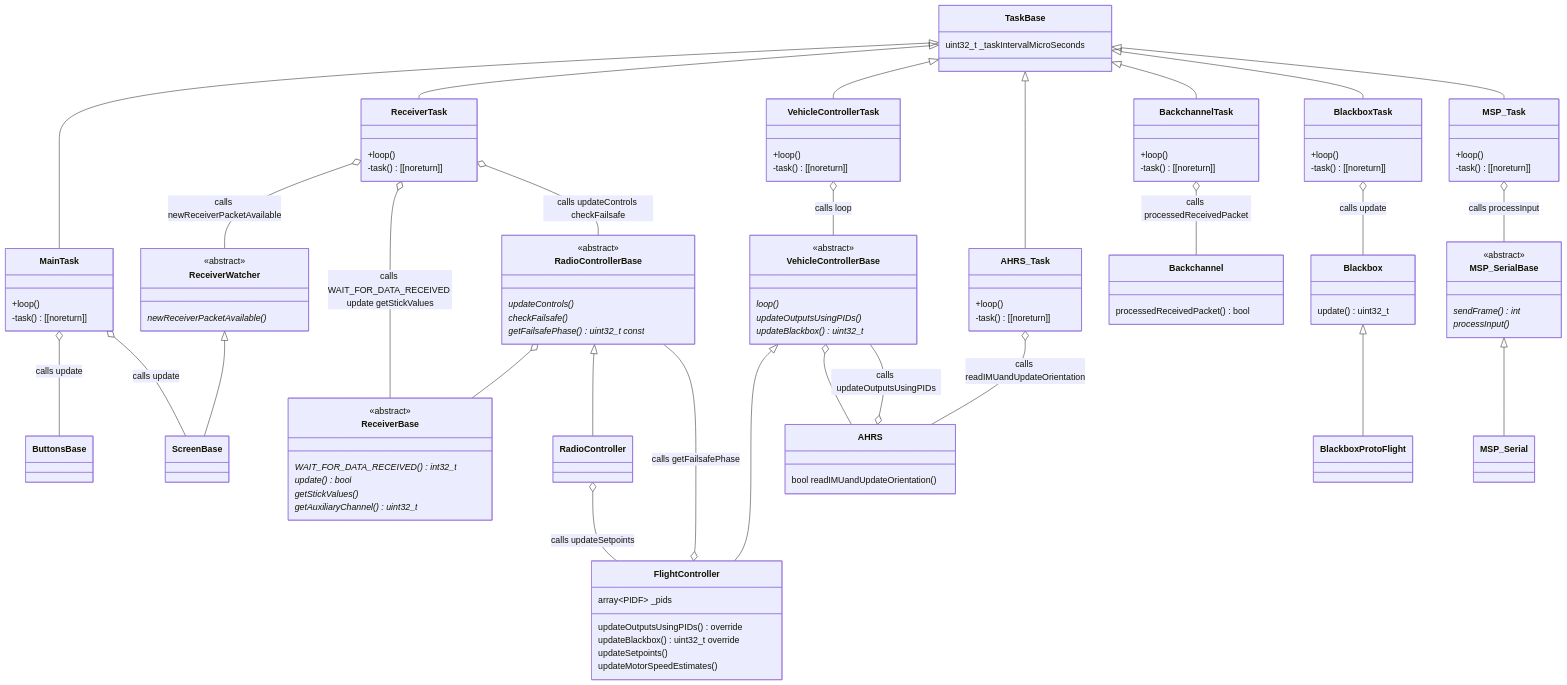
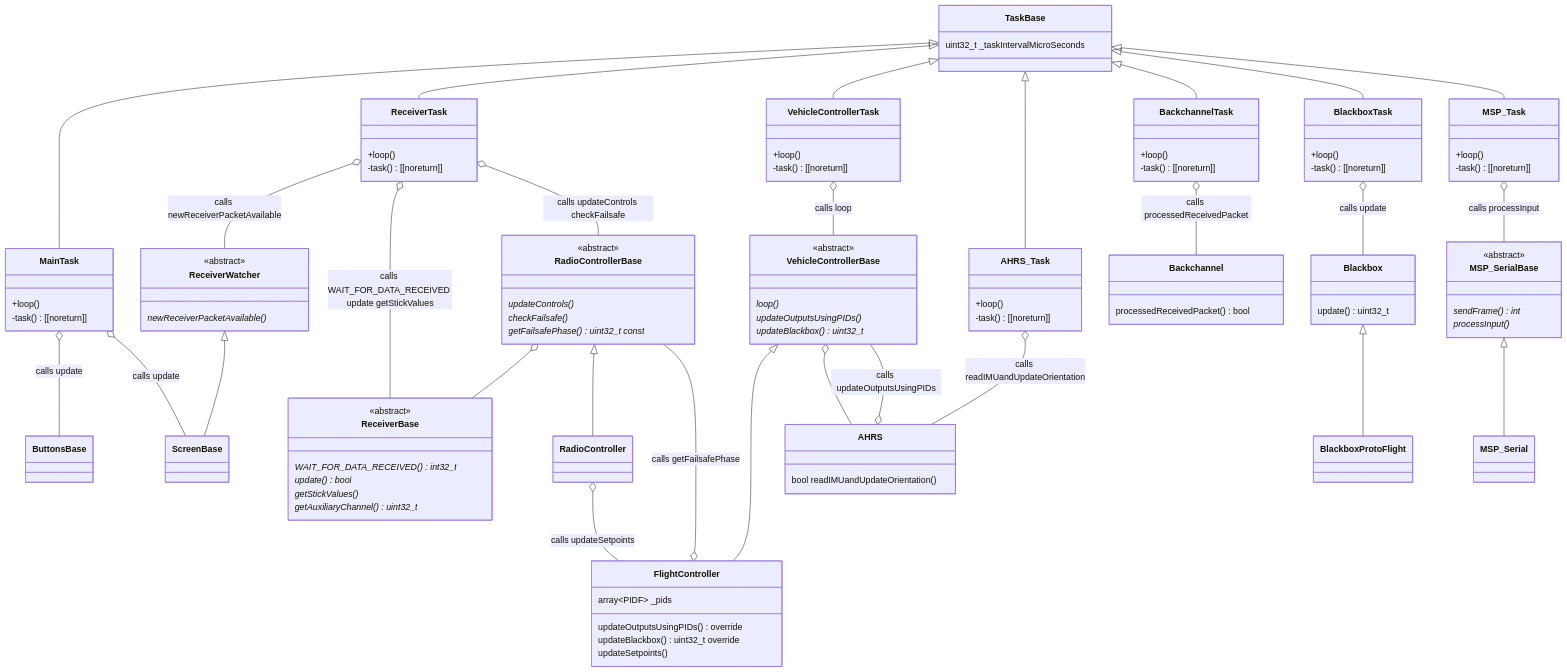
Before and after one commit to martinbudden/Protoflight: the second of 4 diagrams in README.md, drawn with Mermaid. The commit also changed other lines of this file and 1 other file, not shown here.

Commit message:
Updated readme. Added Backchannel class diagram.

```diff
--- a/README.md
+++ b/README.md
@@ -364,7 +365,6 @@
         updateOutputsUsingPIDs() override
         updateBlackbox() uint32_t override
         updateSetpoints()
-        updateMotorSpeedEstimates()
     }
     FlightController o-- RadioControllerBase : calls getFailsafePhase
     RadioControllerBase o--ReceiverBase
@@ -384,7 +384,6 @@
     ReceiverTask o-- ReceiverBase : calls WAIT_FOR_DATA_RECEIVED update getStickValues
     ReceiverWatcher <|-- ScreenBase
     ReceiverTask o-- RadioControllerBase : calls updateControls checkFailsafe
-
 
     class VehicleControllerBase {
         <<abstract>>
```
